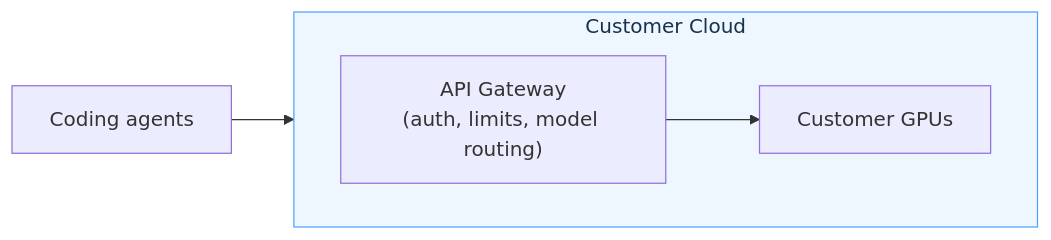
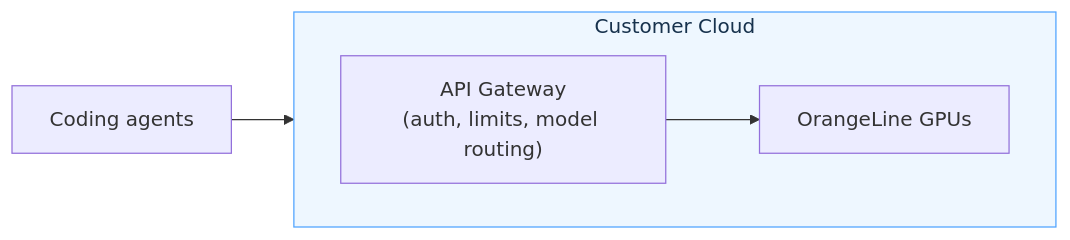
One commit to subconscious-systems/subconscious-docs changed the diagram in on-prem/api-gateway/overview.mdx. Above: the diagram before and after it, drawn with Mermaid. The commit also changed other lines of this file and 17 other files, not shown here.

````diff
--- a/on-prem/api-gateway/overview.mdx
+++ b/on-prem/api-gateway/overview.mdx
@@ -19,15 +20,15 @@
 ```mermaid
 flowchart LR
   agents["Coding agents"]
 
   subgraph customer["Customer Cloud"]
     direction LR
     gateway["API Gateway<br/>(auth, limits, model routing)"]
-    gpus["Customer GPUs"]
-    gateway --> gpus
+    orangeline["OrangeLine GPUs"]
+    gateway --> orangeline
   end
 
   agents --> gateway
 
   style customer fill:#eef7ff,stroke:#4ea3ff,stroke-width:1px,color:#17324d
 ```
````
